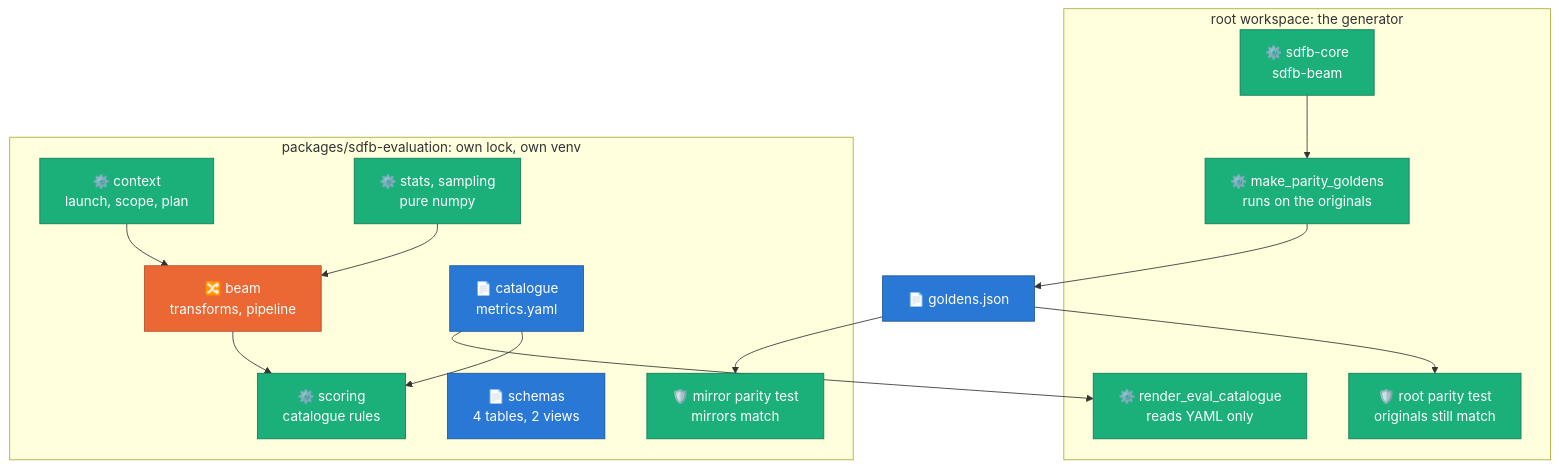
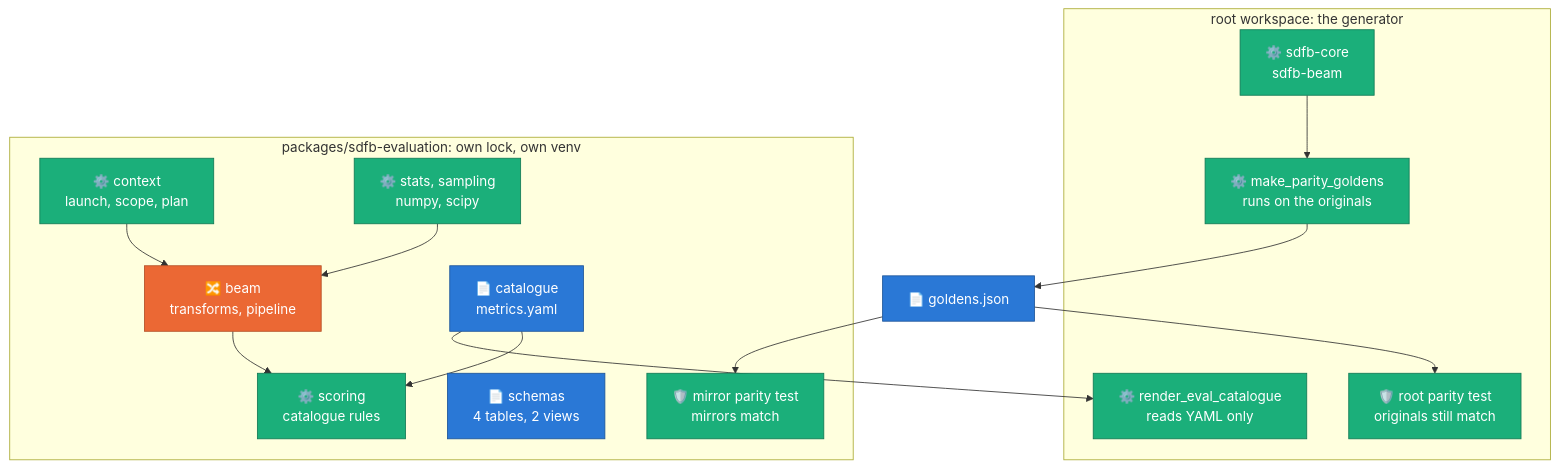
The second of 27 diagrams in docs/designs/2026-07-07-evaluation-framework-design.md (albertols/synthetic-llm-dataflow-bigquery), drawn with Mermaid before and after one commit. The commit also changed other lines of this file and 3 other files, not shown here.

Commit message:
docs(evaluation): Task 30 review round 1 — scope statuses as built, interim CPU figure, catalogue check runs in CI (R105)

````diff
--- a/docs/designs/2026-07-07-evaluation-framework-design.md
+++ b/docs/designs/2026-07-07-evaluation-framework-design.md
@@ -156,33 +156,33 @@
 ```mermaid
 flowchart TB
   classDef beam  fill:#eb6834,color:#fff,stroke:#b44f26
   classDef cpu   fill:#1baf7a,color:#fff,stroke:#127a55
   classDef store fill:#2a78d6,color:#fff,stroke:#1d5599
   classDef data  fill:#6b7280,color:#fff,stroke:#4b5563
 
   subgraph ROOT["root workspace: the generator"]
     CORE["⚙️ sdfb-core<br/>sdfb-beam"]:::cpu
     GOLD["⚙️ make_parity_goldens<br/>runs on the originals"]:::cpu
     RTEST["🛡️ root parity test<br/>originals still match"]:::cpu
     RENDER["⚙️ render_eval_catalogue<br/>reads YAML only"]:::cpu
   end
   subgraph EVAL["packages/sdfb-evaluation: own lock, own venv"]
     CTX["⚙️ context<br/>launch, scope, plan"]:::cpu
     BEAM["🔀 beam<br/>transforms, pipeline"]:::beam
-    STATS["⚙️ stats, sampling<br/>pure numpy"]:::cpu
+    STATS["⚙️ stats, sampling<br/>numpy, scipy"]:::cpu
     SCORE["⚙️ scoring<br/>catalogue rules"]:::cpu
     CAT["📄 catalogue<br/>metrics.yaml"]:::store
     SCH["📄 schemas<br/>4 tables, 2 views"]:::store
     ETEST["🛡️ mirror parity test<br/>mirrors match"]:::cpu
   end
   FILE["📄 goldens.json"]:::store
 
   CORE --> GOLD --> FILE
   FILE --> RTEST
   FILE --> ETEST
   CTX --> BEAM
   STATS --> BEAM
   BEAM --> SCORE
   CAT --> SCORE
   CAT --> RENDER
 ```
````
